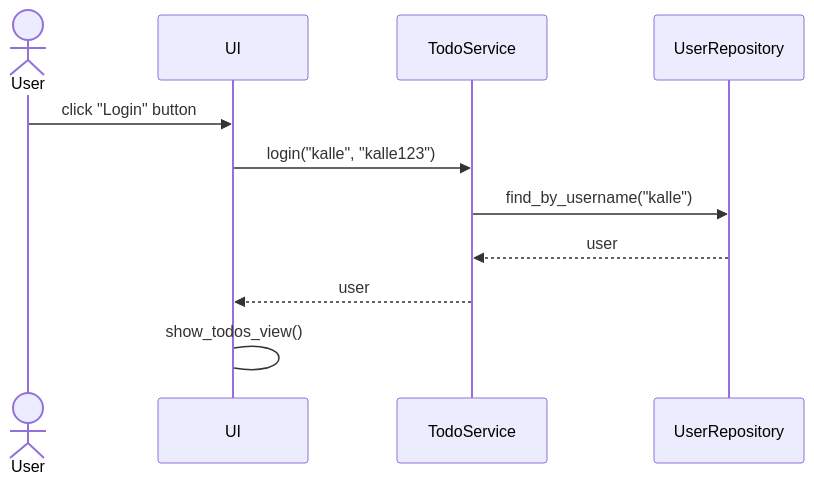
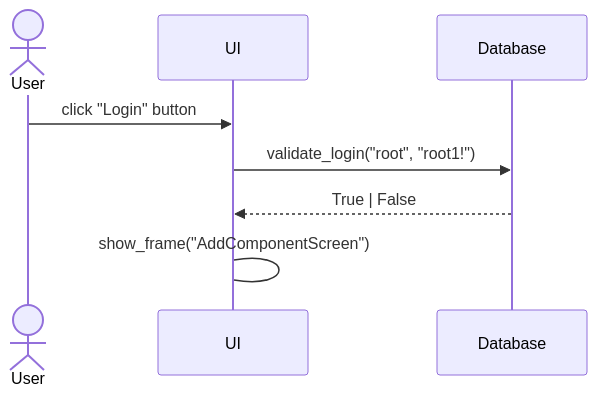
One commit to ni-eminen/ReactComponentViewer changed the fourth of 6 diagrams in documentation/architecture.md. Above: the diagram before and after it, drawn with Mermaid. The commit also changed other lines of this file and 1 other file, not shown here.

Commit message:
architecture

````diff
--- a/documentation/architecture.md
+++ b/documentation/architecture.md
@@ -111,13 +100,9 @@
 ```mermaid
 sequenceDiagram
   actor User
   participant UI
-  participant TodoService
-  participant UserRepository
   User->>UI: click "Login" button
-  UI->>TodoService: login("kalle", "kalle123")
-  TodoService->>UserRepository: find_by_username("kalle")
-  UserRepository-->>TodoService: user
-  TodoService-->>UI: user
-  UI->UI: show_todos_view()
+  UI->>Database: validate_login("root", "root1!")
+  Database-->>UI: True | False
+  UI->UI: show_frame("AddComponentScreen")
 ```
````
